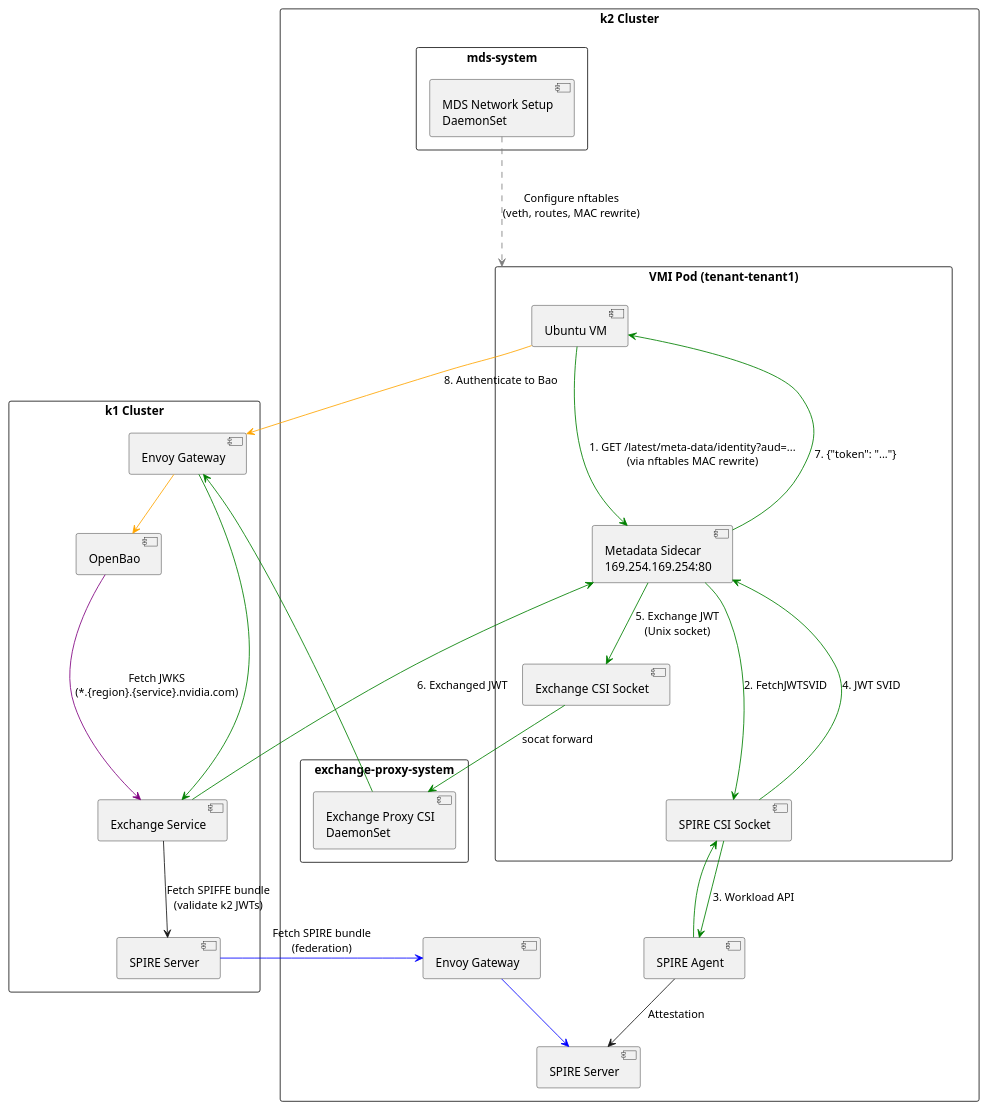
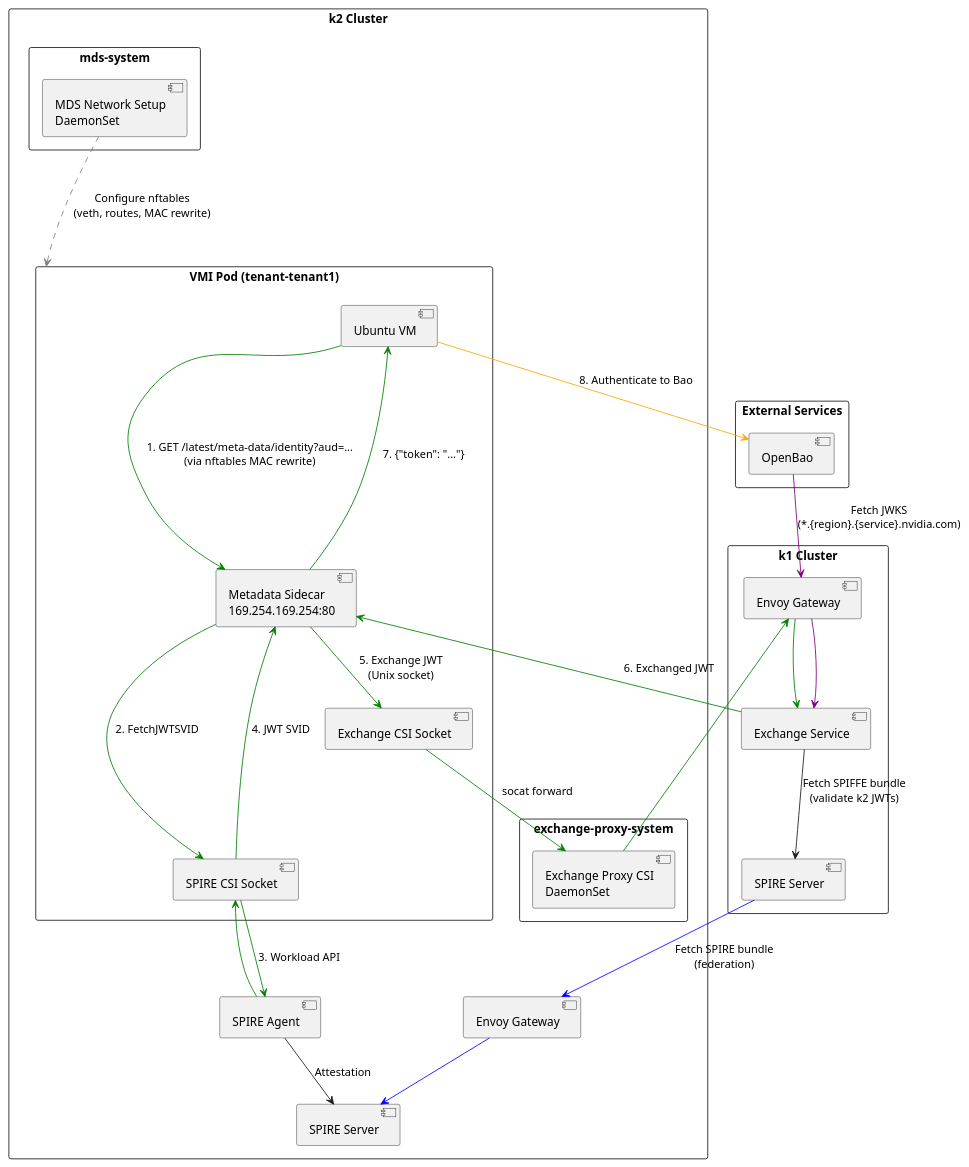
One commit to dsx-ai-factory/nvidia-workload-identity changed the third of 5 diagrams in README.md. Above: the diagram before and after it, drawn with PlantUML. The commit also changed other lines of this file, not shown here.

Commit message:
docs: diagrams show external bao

````diff
--- a/README.md
+++ b/README.md
@@ -217,68 +222,71 @@
 ```plantuml
 @startuml VM Metadata Sidecar
 
 skinparam packageStyle rectangle
 
 package "k1 Cluster" as K1 {
   [SPIRE Server] as SPIRE1
-  [OpenBao] as Bao
   [Exchange Service] as Exchange
   [Envoy Gateway] as GW1
+}
+
+package "External Services" as External {
+  [OpenBao] as Bao
 }
 
 package "k2 Cluster" as K2 {
   [SPIRE Server] as SPIRE2
   [SPIRE Agent] as SpireAgent
   [Envoy Gateway] as GW2
   
   package "exchange-proxy-system" as ExchangeNS {
     [Exchange Proxy CSI\nDaemonSet] as ExchangeCSI
   }
   
   package "mds-system" as MDSNS {
     [MDS Network Setup\nDaemonSet] as MDSNetwork
   }
   
   package "VMI Pod (tenant-tenant1)" as VMIPod {
     [Ubuntu VM] as VM
     [Metadata Sidecar\n169.254.169.254:80] as MetaSidecar
     [SPIRE CSI Socket] as SpireCSI
     [Exchange CSI Socket] as ExchangeSocket
   }
 }
 
 ' Federation: k1 SPIRE fetches k2's bundle
 SPIRE1 -[#blue]-> GW2 : Fetch SPIRE bundle\n(federation)
 GW2 -[#blue]-> SPIRE2
 
 ' VM to metadata sidecar flow
 VM -[#green]-> MetaSidecar : 1. GET /latest/meta-data/identity?aud=...\n(via nftables MAC rewrite)
 MetaSidecar -[#green]-> SpireCSI : 2. FetchJWTSVID
 SpireCSI -[#green]-> SpireAgent : 3. Workload API
 SpireAgent -[#green]--> SpireCSI
 SpireCSI -[#green]--> MetaSidecar : 4. JWT SVID
 MetaSidecar -[#green]-> ExchangeSocket : 5. Exchange JWT\n(Unix socket)
 ExchangeSocket -[#green]-> ExchangeCSI : socat forward
 ExchangeCSI -[#green]-> GW1
 GW1 -[#green]-> Exchange
 Exchange -[#green]--> MetaSidecar : 6. Exchanged JWT
 MetaSidecar -[#green]--> VM : 7. {"token": "..."}
 
 ' VM to Bao flow (authenticate)
-VM -[#orange]-> GW1 : 8. Authenticate to Bao
-GW1 -[#orange]-> Bao
+VM -[#orange]-> Bao : 8. Authenticate to Bao
 
 ' SPIRE Agent to Server
 SpireAgent --> SPIRE2 : Attestation
 
 ' MDS Network Setup configures pod networking
 MDSNetwork ..[#gray].> VMIPod : Configure nftables\n(veth, routes, MAC rewrite)
 
 ' OpenBao JWKS validation
-Bao -[#purple]--> Exchange : Fetch JWKS\n(*.{region}.{service}.nvidia.com)
+Bao -[#purple]-> GW1 : Fetch JWKS\n(*.{region}.{service}.nvidia.com)
+GW1 -[#purple]-> Exchange
 
 ' Exchange validates incoming JWTs
 Exchange --> SPIRE1 : Fetch SPIFFE bundle\n(validate k2 JWTs)
 
 @enduml
 ```
````
